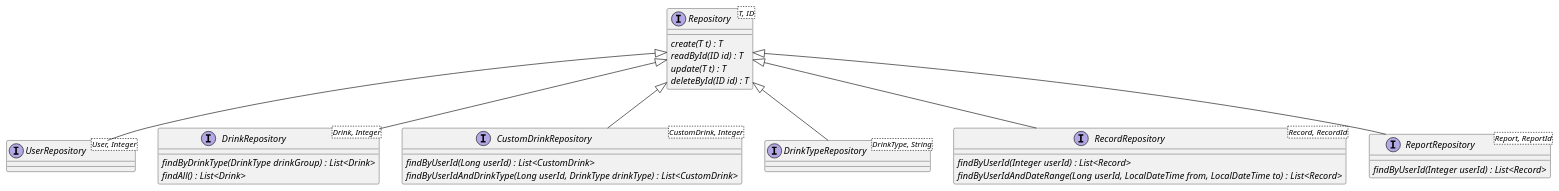
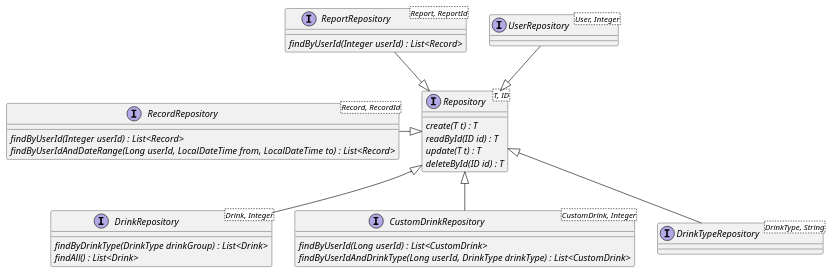
The diagram in schemas/uml/class/core_repositories.puml (laurenci/hydrotrack), drawn with PlantUML before and after one commit. The commit also changed 30 other files, not shown here.

```diff
--- a/schemas/uml/class/core_repositories.puml
+++ b/schemas/uml/class/core_repositories.puml
@@ -1,46 +1,46 @@
 @startuml
 interface Repository<T, ID> {
     {abstract} create(T t) : T
     {abstract} readById(ID id) : T
     {abstract} update(T t) : T
     {abstract} deleteById(ID id) : T
 }
 
 interface UserRepository<User, Integer> {
 
 }
 
 interface DrinkRepository<Drink, Integer> {
     {abstract} findByDrinkType(DrinkType drinkGroup) : List<Drink>
     {abstract} findAll() : List<Drink>
 }
 
 interface CustomDrinkRepository<CustomDrink, Integer> {
     {abstract} findByUserId(Long userId) : List<CustomDrink>
     {abstract} findByUserIdAndDrinkType(Long userId, DrinkType drinkType) : List<CustomDrink>
 }
 
 interface DrinkTypeRepository<DrinkType, String> {
 
 }
 
 interface RecordRepository<Record, RecordId> {
     {abstract} findByUserId(Integer userId) : List<Record>
     {abstract} findByUserIdAndDateRange(Long userId, LocalDateTime from, LocalDateTime to) : List<Record>
 }
 
 interface ReportRepository<Report, ReportId> {
     {abstract} findByUserId(Integer userId) : List<Record>
 }
 
-Repository <|-- UserRepository
+Repository <|-up- UserRepository
 
 Repository <|-- DrinkRepository
 Repository <|-- CustomDrinkRepository
 
 Repository <|-- DrinkTypeRepository
 
-Repository <|-- RecordRepository
+Repository <|-left- RecordRepository
 
-Repository <|-- ReportRepository
+Repository <|-up- ReportRepository
 @enduml
```
